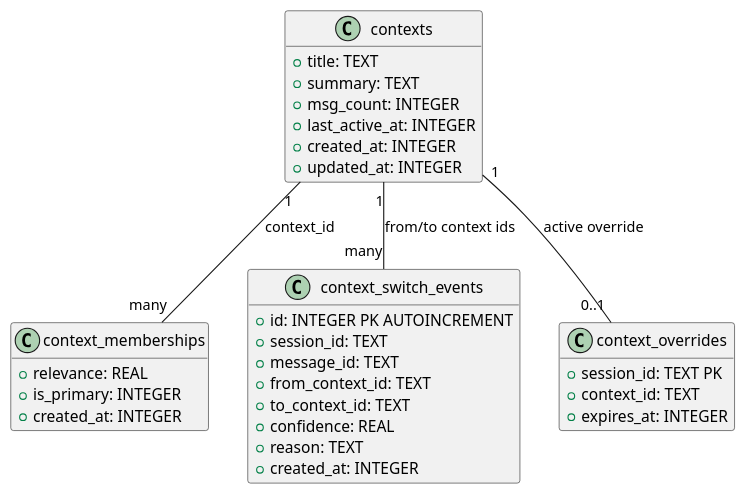
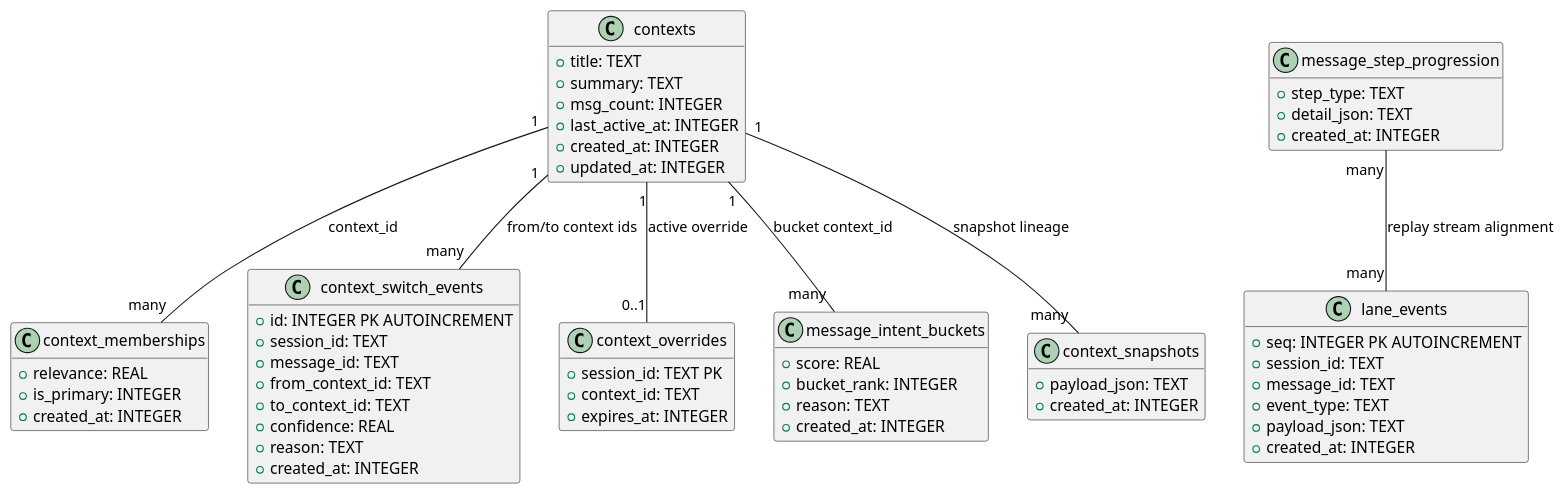
The diagram in docs/uml/context-lanes-data-model.puml (manorit2001/opencode-rlm-plugin), drawn with PlantUML before and after one commit. The commit also changed 13 other files, not shown here.

Commit message:
docs: expand lane architecture with events and delegation

```diff
--- a/docs/uml/context-lanes-data-model.puml
+++ b/docs/uml/context-lanes-data-model.puml
@@ -1,47 +1,89 @@
 @startuml
 hide methods
 hide stereotypes
 
 class contexts {
   +session_id: TEXT (PK part)
   +id: TEXT (PK part)
+  +owner_session_id: TEXT (nullable)
   +title: TEXT
   +summary: TEXT
   +status: TEXT(active|archived)
   +msg_count: INTEGER
   +last_active_at: INTEGER
   +created_at: INTEGER
   +updated_at: INTEGER
 }
 
 class context_memberships {
   +session_id: TEXT (PK part)
   +message_id: TEXT (PK part)
   +context_id: TEXT (PK part)
   +relevance: REAL
   +is_primary: INTEGER
   +created_at: INTEGER
 }
 
 class context_switch_events {
   +id: INTEGER PK AUTOINCREMENT
   +session_id: TEXT
   +message_id: TEXT
   +from_context_id: TEXT
   +to_context_id: TEXT
   +confidence: REAL
   +reason: TEXT
   +created_at: INTEGER
 }
 
 class context_overrides {
   +session_id: TEXT PK
   +context_id: TEXT
   +expires_at: INTEGER
 }
 
+class message_intent_buckets {
+  +session_id: TEXT (PK part)
+  +message_id: TEXT (PK part)
+  +bucket_type: TEXT (PK part)
+  +context_id: TEXT (PK part)
+  +score: REAL
+  +bucket_rank: INTEGER
+  +reason: TEXT
+  +created_at: INTEGER
+}
+
+class message_step_progression {
+  +session_id: TEXT (PK part)
+  +message_id: TEXT (PK part)
+  +step_order: INTEGER (PK part)
+  +step_type: TEXT
+  +detail_json: TEXT
+  +created_at: INTEGER
+}
+
+class context_snapshots {
+  +session_id: TEXT (PK part)
+  +message_id: TEXT (PK part)
+  +snapshot_kind: TEXT (PK part)
+  +snapshot_index: INTEGER (PK part)
+  +payload_json: TEXT
+  +created_at: INTEGER
+}
+
+class lane_events {
+  +seq: INTEGER PK AUTOINCREMENT
+  +session_id: TEXT
+  +message_id: TEXT
+  +event_type: TEXT
+  +payload_json: TEXT
+  +created_at: INTEGER
+}
+
 contexts "1" -- "many" context_memberships : context_id
 contexts "1" -- "many" context_switch_events : from/to context ids
 contexts "1" -- "0..1" context_overrides : active override
+contexts "1" -- "many" message_intent_buckets : bucket context_id
+contexts "1" -- "many" context_snapshots : snapshot lineage
+message_step_progression "many" -- "many" lane_events : replay stream alignment
 
 @enduml
```
